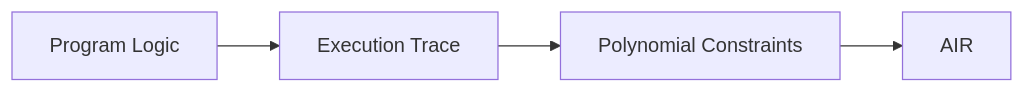
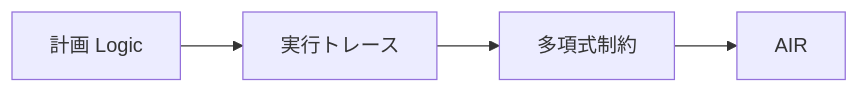
Before and after one commit to ShigeichiroYamasaki/creator-first-platform: diagram 12 of 43 in docs/whitepaper/09-technology.md, drawn with Mermaid. The commit also changed other lines of this file and 72 other files, not shown here.

````diff
--- a/docs/whitepaper/09-technology.md
+++ b/docs/whitepaper/09-technology.md
@@ -552,11 +552,11 @@
 ```mermaid
 flowchart LR
-    PROGRAM[Program Logic]
-    TRACE[Execution Trace]
-    CONSTRAINT[Polynomial Constraints]
+    PROGRAM[計画 Logic]
+    TRACE[実行トレース]
+    CONSTRAINT[多項式制約]
     AIR[AIR]
 
     PROGRAM --> TRACE
     TRACE --> CONSTRAINT
     CONSTRAINT --> AIR
 ```
````
